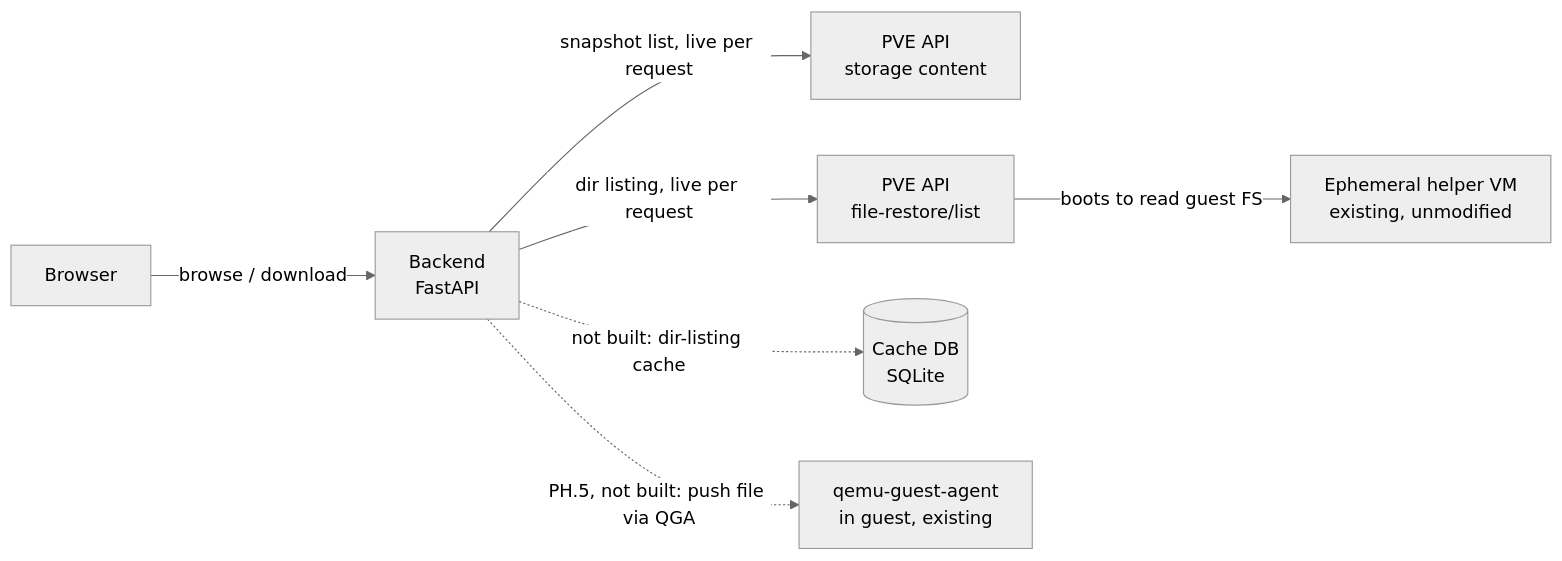
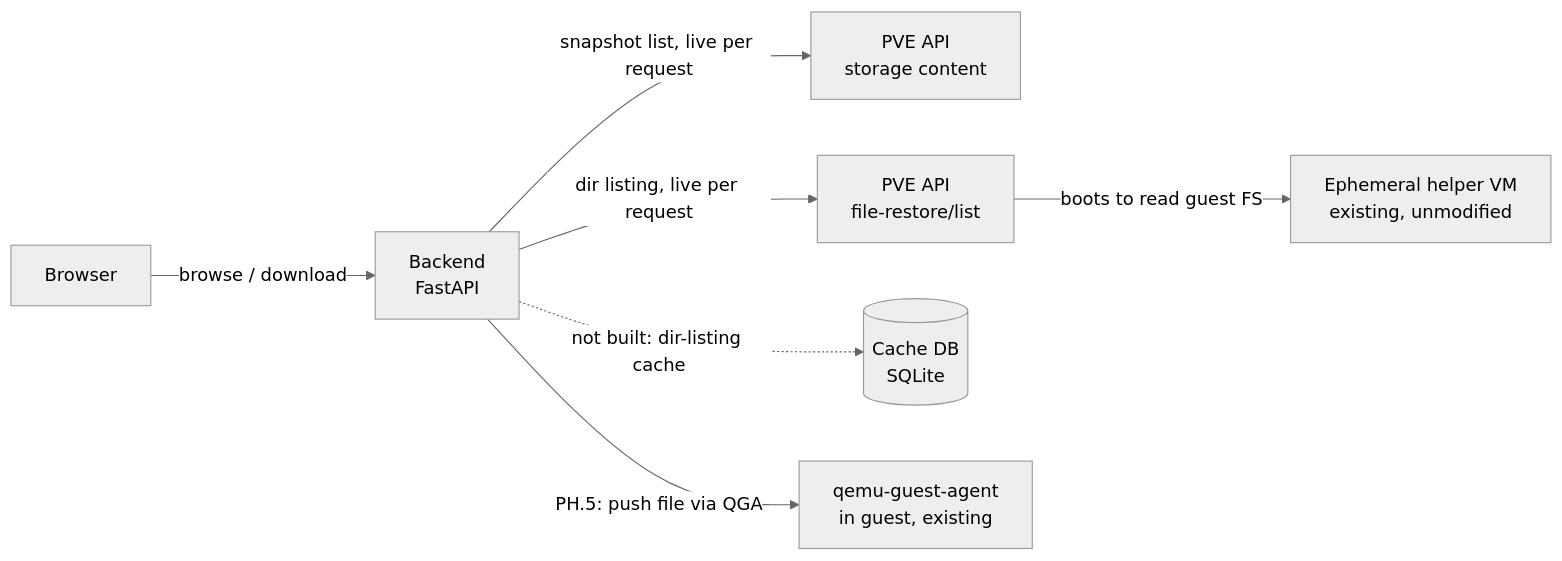
The diagram in docs/plan.md (treycentric/pve-flr-portal), drawn with Mermaid (neutral theme) before and after one commit. The commit also changed other lines of this file and 7 other files, not shown here.

First line of the commit message:
docs: mark push-to-guest (PH.5) as shipped, not in-progress (#45)

````diff
--- a/docs/plan.md
+++ b/docs/plan.md
@@ -213,9 +213,9 @@
 ```mermaid
 flowchart LR
     Browser -->|browse / download| Backend[Backend<br/>FastAPI]
     Backend -->|snapshot list, live per request| PVEc[PVE API<br/>storage content]
     Backend -->|dir listing, live per request| PVE[PVE API<br/>file-restore/list]
     Backend -.->|not built: dir-listing cache| Cache[(Cache DB<br/>SQLite)]
     PVE -->|boots to read guest FS| Helper[Ephemeral helper VM<br/>existing, unmodified]
-    Backend -.->|PH.5, not built: push file via QGA| QGA[qemu-guest-agent<br/>in guest, existing]
+    Backend -->|PH.5: push file via QGA| QGA[qemu-guest-agent<br/>in guest, existing]
 ```
````
